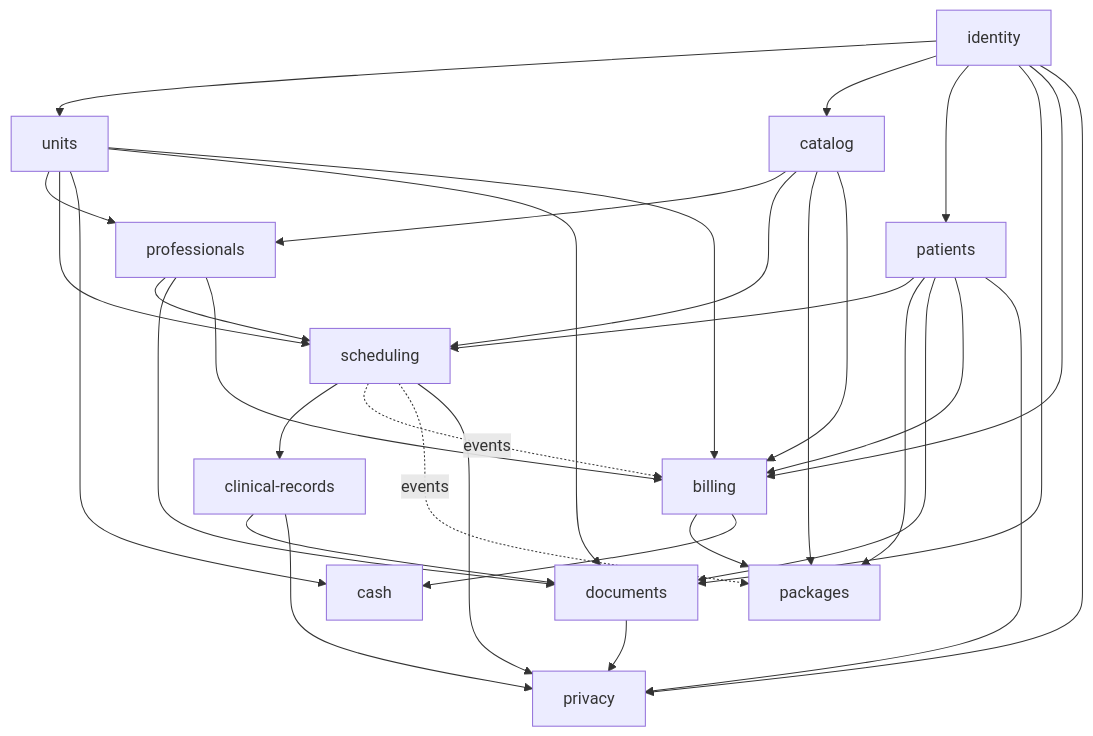
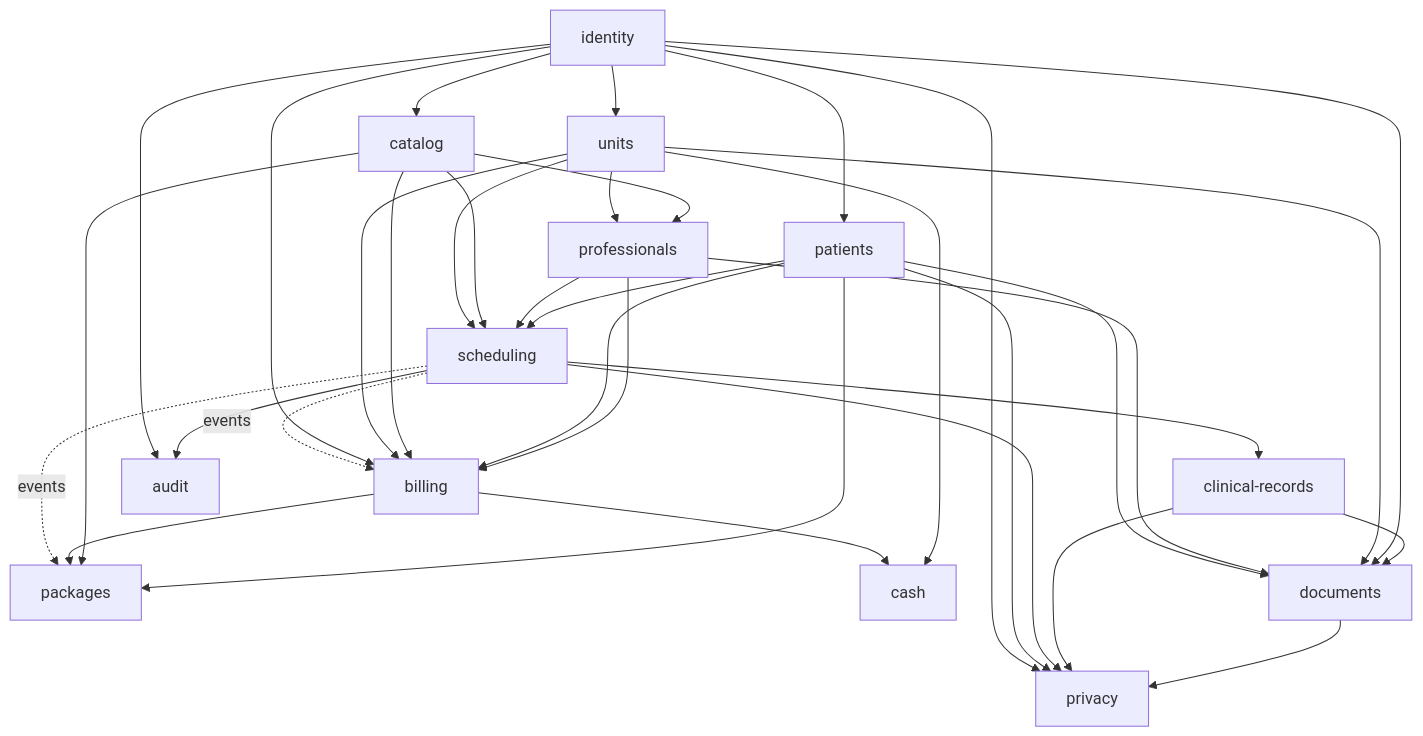
The second of 2 diagrams in docs/architecture.en.md (dennysvf/GCli), drawn with Mermaid before and after one commit. The commit also changed other lines of this file and 67 other files, not shown here.

````diff
--- a/docs/architecture.en.md
+++ b/docs/architecture.en.md
@@ -74,35 +74,37 @@
 ```mermaid
 graph TD
   identity --> units
   identity --> catalog
   identity --> patients
   units --> professionals
   catalog --> professionals
   units --> scheduling
   catalog --> scheduling
   professionals --> scheduling
   patients --> scheduling
   scheduling --> clinical-records
   scheduling -. events .-> billing
   scheduling -. events .-> packages
   billing --> packages
   catalog --> packages
   patients --> packages
   billing --> cash
   units --> cash
   patients --> documents
   professionals --> documents
   units --> documents
   identity --> documents
   clinical-records --> documents
   identity --> billing
   units --> billing
   catalog --> billing
   patients --> billing
   professionals --> billing
   identity --> privacy
   patients --> privacy
   scheduling --> privacy
   clinical-records --> privacy
   documents --> privacy
+  identity --> audit
+  scheduling --> audit
 ```
````
